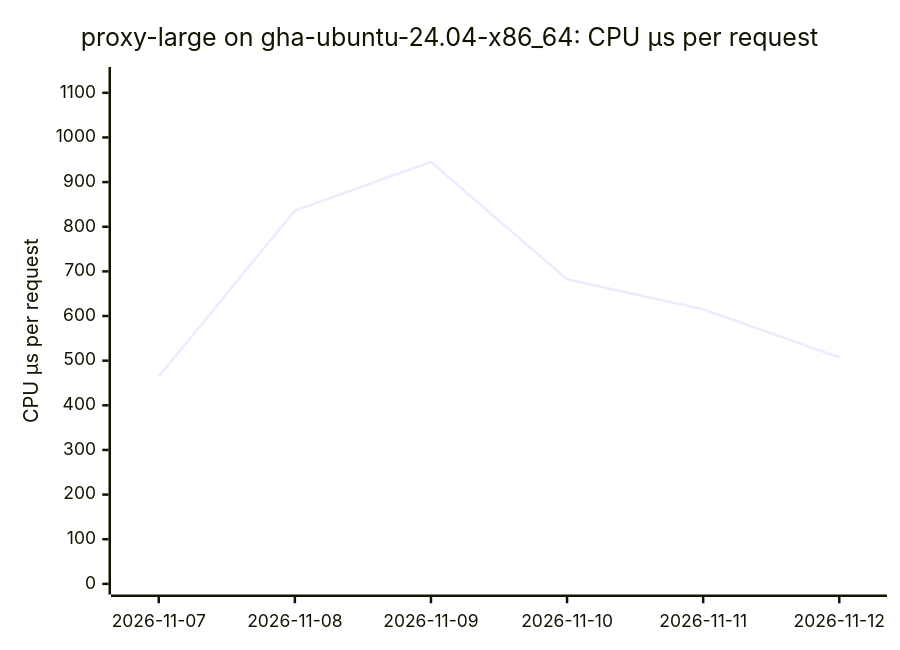
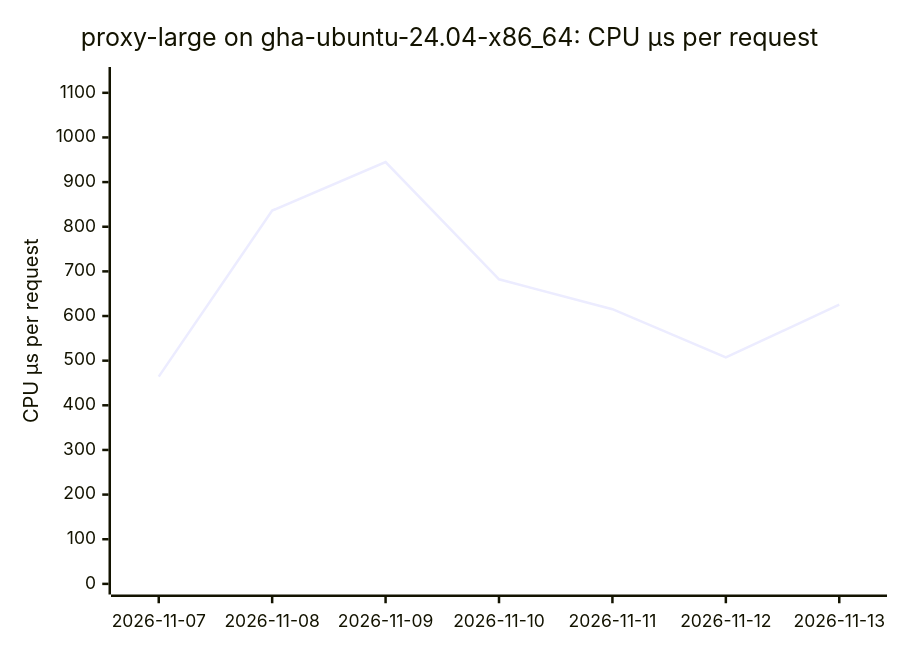
One commit to ThePixelPilgrim/durchlauferhitzer changed the sixth of 18 diagrams in BENCHMARKS.md. Above: the diagram before and after it, drawn with Mermaid. The commit also changed other lines of this file and 1 other file, not shown here.

````diff
--- a/BENCHMARKS.md
+++ b/BENCHMARKS.md
@@ -76,7 +76,7 @@
 ```mermaid
 xychart-beta
   title "proxy-large on gha-ubuntu-24.04-x86_64: CPU µs per request"
-  x-axis ["2026-11-07", "2026-11-08", "2026-11-09", "2026-11-10", "2026-11-11", "2026-11-12"]
+  x-axis ["2026-11-07", "2026-11-08", "2026-11-09", "2026-11-10", "2026-11-11", "2026-11-12", "2026-11-13"]
   y-axis "CPU µs per request" 0 --> 1134
-  line [464.25, 836.13, 944.91, 682.24, 615.25, 507.25]
+  line [464.25, 836.13, 944.91, 682.24, 615.25, 507.25, 625.31]
 ```
````
